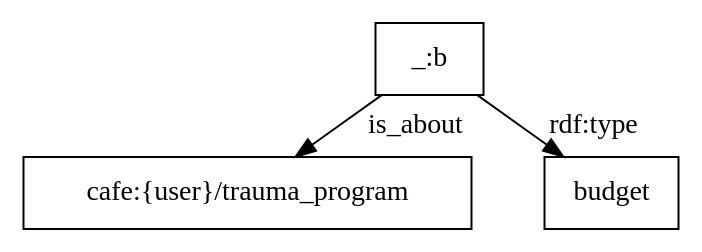
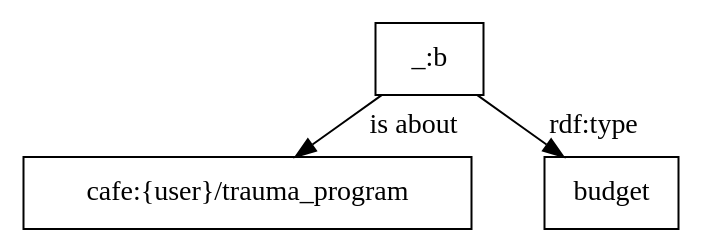
Before and after one commit to utecht/dideo-server: the diagram in cafe/graphs/4.dot, drawn with Graphviz. The commit also changed 15 other files, not shown here.

Commit message:
changed graphs and definitions

```diff
--- a/cafe/graphs/4.dot
+++ b/cafe/graphs/4.dot
@@ -1,5 +1,5 @@
 digraph g { node [shape=rectangle];
 graph [splines=true, nodesep=.5, ranksep=0, overlap=false];
-"_:b" -> "cafe:{user}/trauma_program" [label="is_about"]
+"_:b" -> "cafe:{user}/trauma_program" [label="is about"]
 "_:b" -> "budget" [label="rdf:type"]
 }
```
